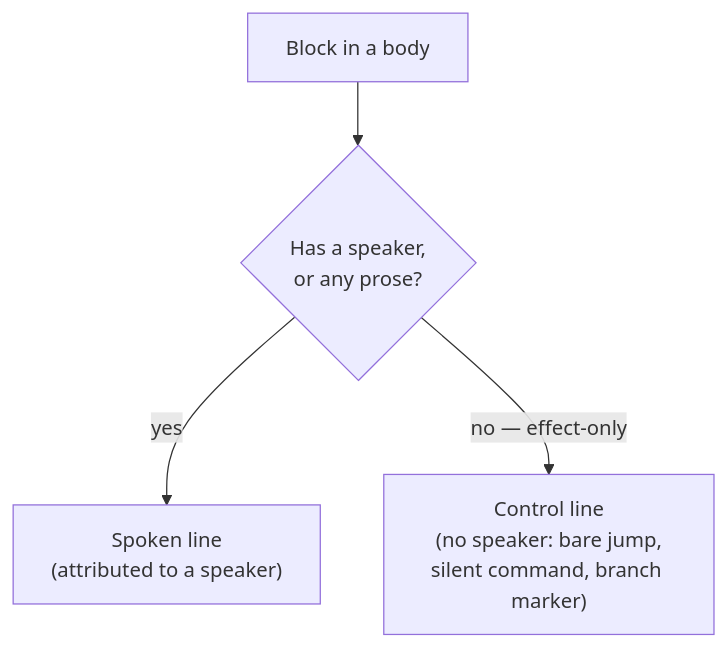
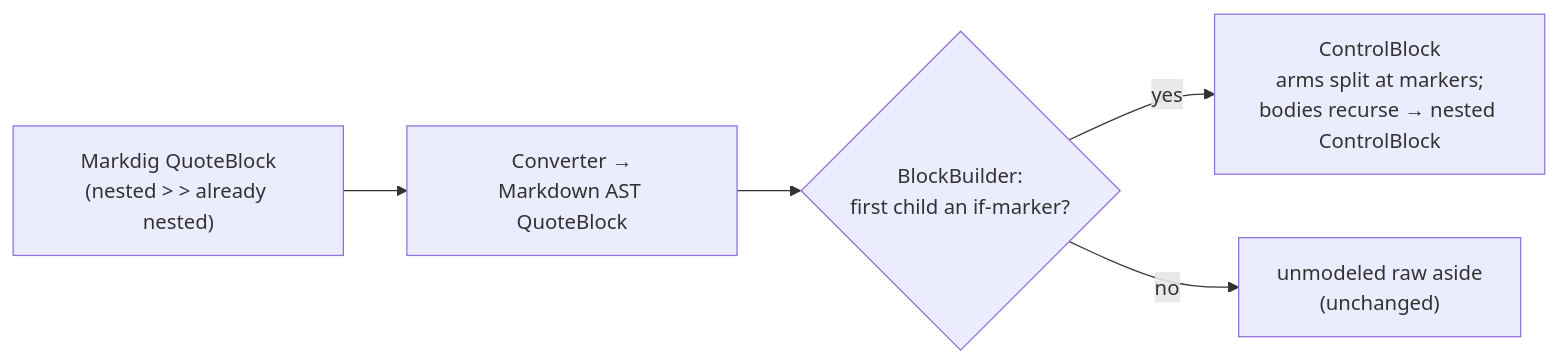
One commit to pengzhengyi/dialoguedown changed the diagram in docs/contributing/design-notes/Block Controls.md. Above: the diagram before and after it, drawn with Mermaid. The commit also changed other lines of this file, not shown here.

First line of the commit message:
docs(design): decide the block-control shape, grammar, and implementation

````diff
--- a/docs/contributing/design-notes/Block Controls.md
+++ b/docs/contributing/design-notes/Block Controls.md
@@ -211,6 +240,7 @@
 ```mermaid
-flowchart TB
-    B["Block in a body"] --> S{"Has a speaker,<br/>or any prose?"}
-    S -->|"yes"| L["Spoken line<br/>(attributed to a speaker)"]
-    S -->|"no — effect-only"| C["Control line<br/>(no speaker: bare jump,<br/>silent command, branch marker)"]
+flowchart LR
+    MD["Markdig QuoteBlock<br/>(nested > > already nested)"] --> CV["Converter →<br/>Markdown AST QuoteBlock"]
+    CV --> BB{"BlockBuilder:<br/>first child an if-marker?"}
+    BB -->|"yes"| CB["ControlBlock<br/>arms split at markers;<br/>bodies recurse → nested ControlBlock"]
+    BB -->|"no"| RAW["unmodeled raw aside<br/>(unchanged)"]
 ```
````
